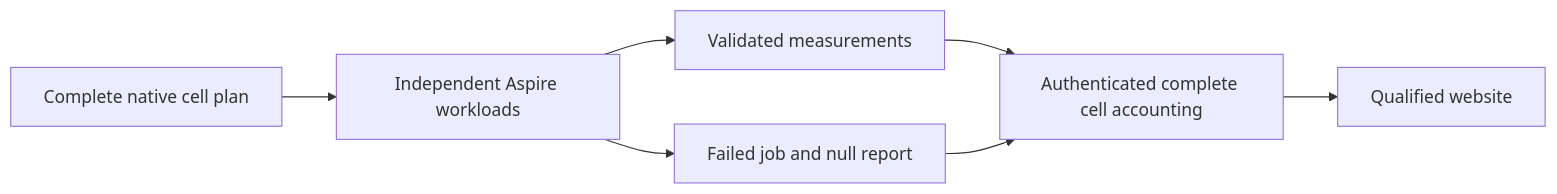
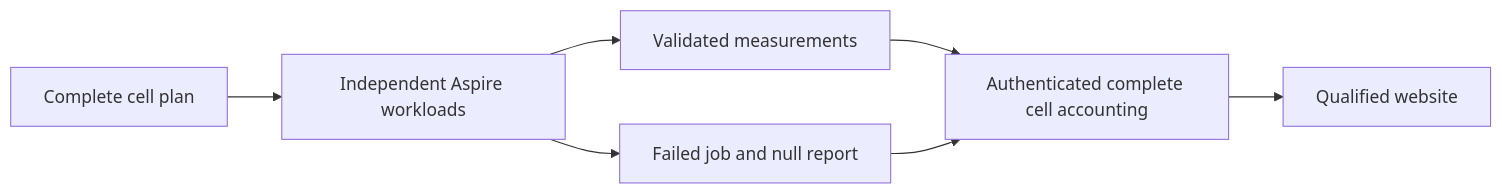
Before and after one commit to managedcode/KeyLoad: the seventh of 11 diagrams in docs/Features/BenchmarkComparisons.md, drawn with Mermaid. The commit also changed other lines of this file and 9016 other files, not shown here.

````diff
--- a/docs/Features/BenchmarkComparisons.md
+++ b/docs/Features/BenchmarkComparisons.md
@@ -439,9 +439,9 @@
 ```mermaid
 flowchart LR
-  Plan[Complete native cell plan] --> Jobs[Independent Aspire workloads]
+  Plan[Complete cell plan] --> Jobs[Independent Aspire workloads]
   Jobs --> Success[Validated measurements]
   Jobs --> Failure[Failed job and null report]
   Success --> Aggregate[Authenticated complete cell accounting]
   Failure --> Aggregate
   Aggregate --> Site[Qualified website]
 ```
````
